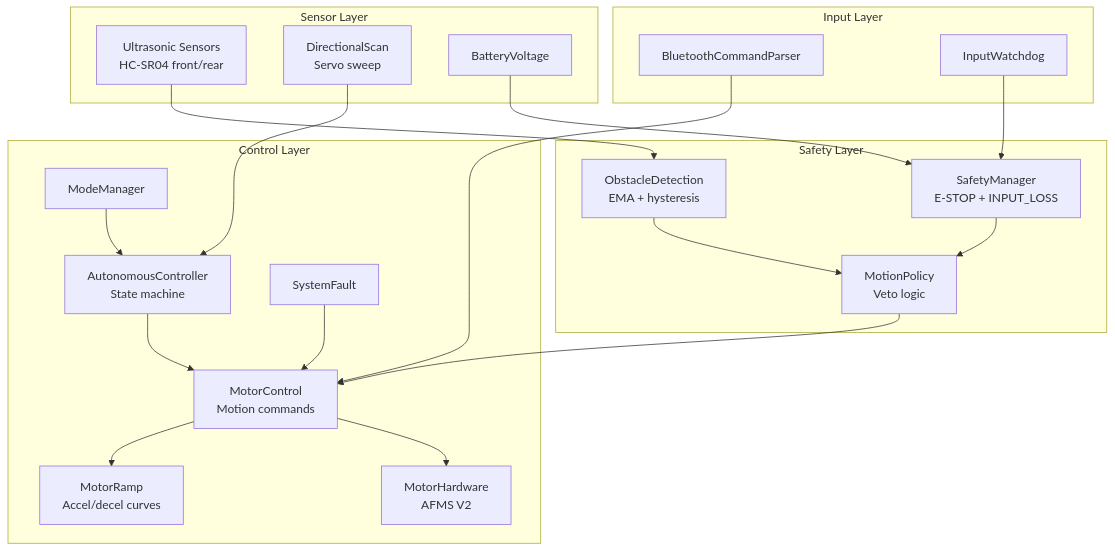
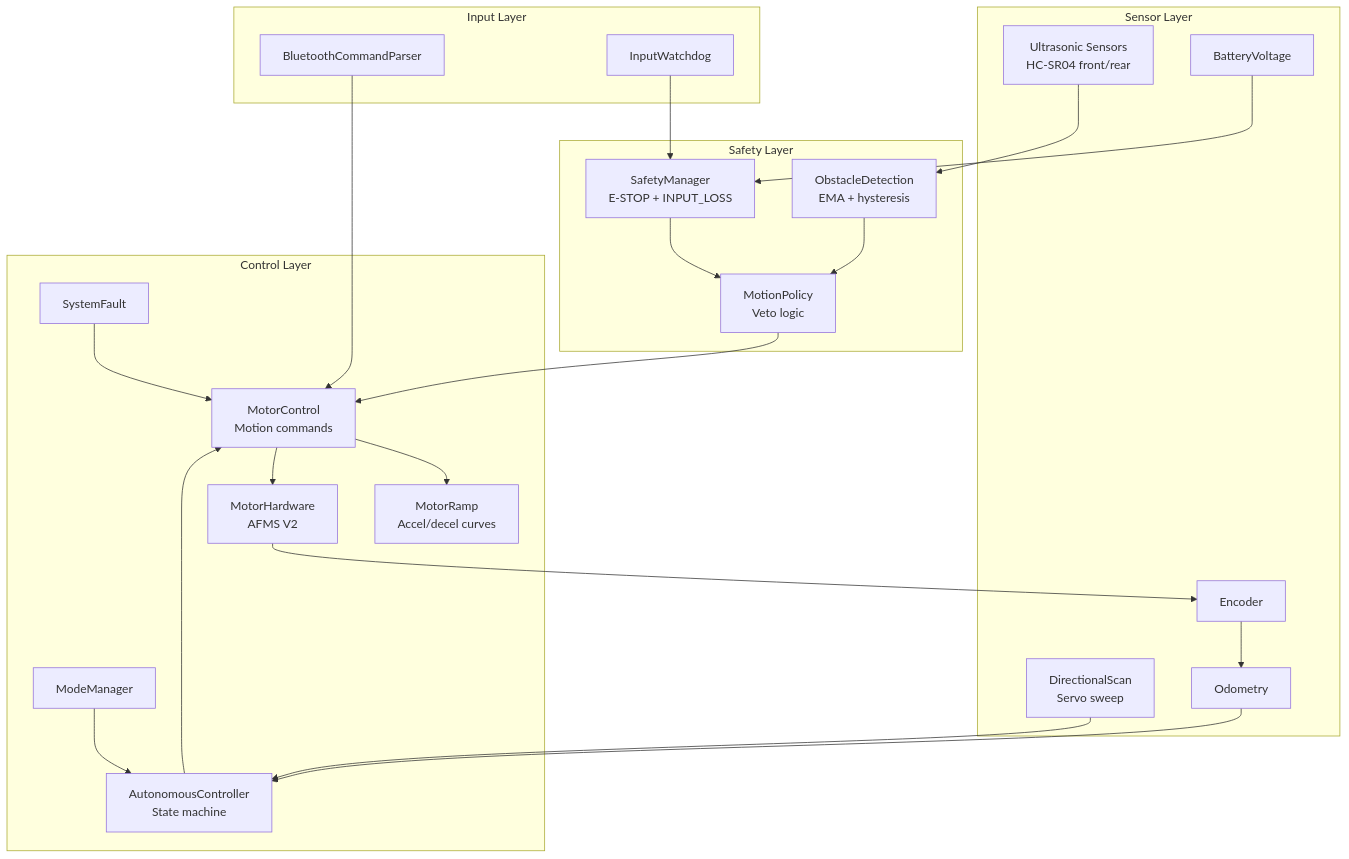
One commit to ken47-1/Project-MecanumCar changed the first of 2 diagrams in Project-MecanumCar_ARCHITECTURE.md. Above: the diagram before and after it, drawn with Mermaid. The commit also changed other lines of this file and 2 other files, not shown here.

First line of the commit message:
docs: update architecture, readme, and add calibration guide

````diff
--- a/Project-MecanumCar_ARCHITECTURE.md
+++ b/Project-MecanumCar_ARCHITECTURE.md
@@ -129,42 +93,47 @@
 ```mermaid
 graph TB
     subgraph Input["Input Layer"]
         BT[BluetoothCommandParser]
         WD[InputWatchdog]
     end
 
     subgraph Sensors["Sensor Layer"]
         US[Ultrasonic Sensors<br>HC-SR04 front/rear]
         DS[DirectionalScan<br>Servo sweep]
         BV[BatteryVoltage]
+        ENC[Encoder]
+        ODO[Odometry]
     end
 
     subgraph Safety["Safety Layer"]
         OD[ObstacleDetection<br>EMA + hysteresis]
         SM[SafetyManager<br>E-STOP + INPUT_LOSS]
         MP[MotionPolicy<br>Veto logic]
     end
 
     subgraph Control["Control Layer"]
         MC[MotorControl<br>Motion commands]
         MR[MotorRamp<br>Accel/decel curves]
         MH[MotorHardware<br>AFMS V2]
         AM[AutonomousController<br>State machine]
         MF[SystemFault]
         MD[ModeManager]
     end
 
     BT --> MC
     WD --> SM
     US --> OD
     DS --> AM
     BV --> SM
     OD --> MP
     SM --> MP
     MP --> MC
     AM --> MC
     MC --> MR
     MC --> MH
+    MH --> ENC
+    ENC --> ODO
+    ODO --> AM
     MF --> MC
     MD --> AM
 ```
````
